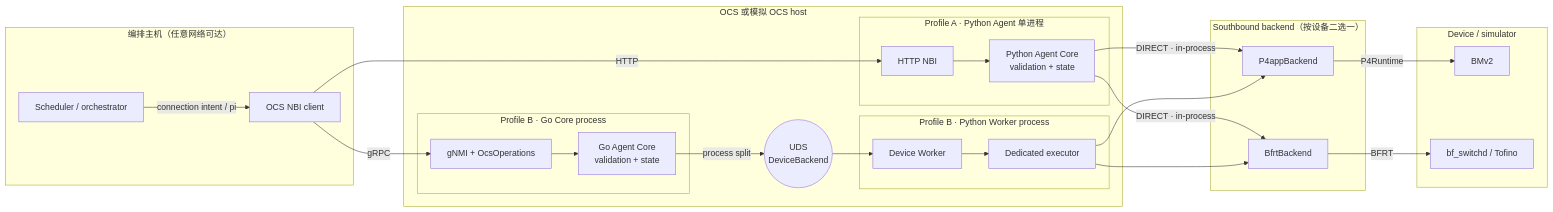
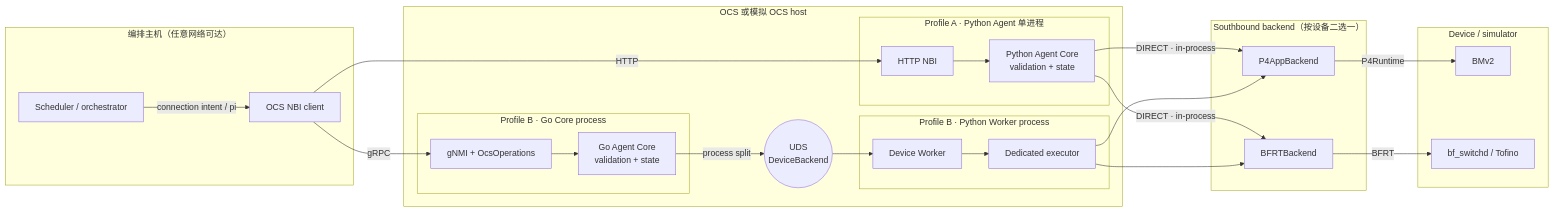
Before and after one commit to ZER0-Nu1L/ReconfigNet-Sim: the first of 3 diagrams in docs/ocs-agent-architecture.md, drawn with Mermaid. The commit also changed other lines of this file and 176 other files, not shown here.

````diff
--- a/docs/ocs-agent-architecture.md
+++ b/docs/ocs-agent-architecture.md
@@ -27,51 +27,51 @@
 ```mermaid
 flowchart LR
     subgraph ClientHost["编排主机（任意网络可达）"]
         O[Scheduler / orchestrator]
         C[OCS NBI client]
         O -->|connection intent / pi| C
     end
 
     subgraph OCSHost["OCS 或模拟 OCS host"]
         subgraph Monolith["Profile A · Python Agent 单进程"]
             H[HTTP NBI]
             PC[Python Agent Core<br/>validation + state]
             H --> PC
         end
 
         subgraph GoProcess["Profile B · Go Core process"]
             G[gNMI + OcsOperations]
             GC[Go Agent Core<br/>validation + state]
             G --> GC
         end
 
         UDS(("UDS<br/>DeviceBackend"))
 
         subgraph WorkerProcess["Profile B · Python Worker process"]
             W[Device Worker]
             E[Dedicated executor]
             W --> E
         end
     end
 
     subgraph Southbound["Southbound backend（按设备二选一）"]
-        P4B[P4appBackend]
-        BFB[BfrtBackend]
+        P4B[P4AppBackend]
+        BFB[BFRTBackend]
     end
 
     subgraph Device["Device / simulator"]
         BM[BMv2]
         BF[bf_switchd / Tofino]
     end
 
     C -->|HTTP| H
     C -->|gRPC| G
     PC -->|DIRECT · in-process| P4B
     PC -->|DIRECT · in-process| BFB
     GC -->|process split| UDS
     UDS --> W
     E --> P4B
     E --> BFB
     P4B -->|P4Runtime| BM
     BFB -->|BFRT| BF
 ```
````
